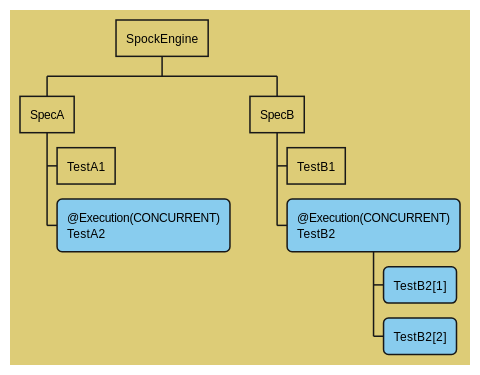
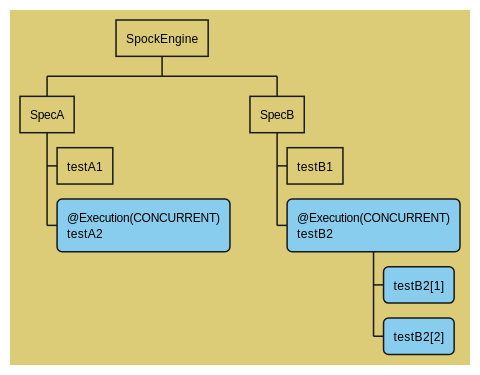
The sixth of 15 diagrams in docs/parallel_execution.adoc (spockframework/spock), drawn with PlantUML before and after one commit. The commit also changed other lines of this file, not shown here.

Commit message:
Rename upper case Test to test in parallel_execution.adoc

```diff
--- a/docs/parallel_execution.adoc
+++ b/docs/parallel_execution.adoc
@@ -301,24 +301,24 @@
 [plantuml,images/execution-hierarchy-inheritance-feature-execution,svg]
 ....
 @startwbs
 <style>
 wbsDiagram {
   BackgroundColor #DDCC77
   .concurrent * {
       BackgroundColor #88CCEE
       RoundCorner 10
   }
 }
 </style>
 skinparam shadowing false
 * SpockEngine
 ** SpecA
-*** TestA1
-*** @Execution(CONCURRENT)\nTestA2 <<concurrent>>
+*** testA1
+*** @Execution(CONCURRENT)\ntestA2 <<concurrent>>
 ** SpecB
-*** TestB1
-*** @Execution(CONCURRENT)\nTestB2 <<concurrent>>
-**** TestB2[1]
-**** TestB2[2]
+*** testB1
+*** @Execution(CONCURRENT)\ntestB2 <<concurrent>>
+**** testB2[1]
+**** testB2[2]
 @endwbs
 ....
```
